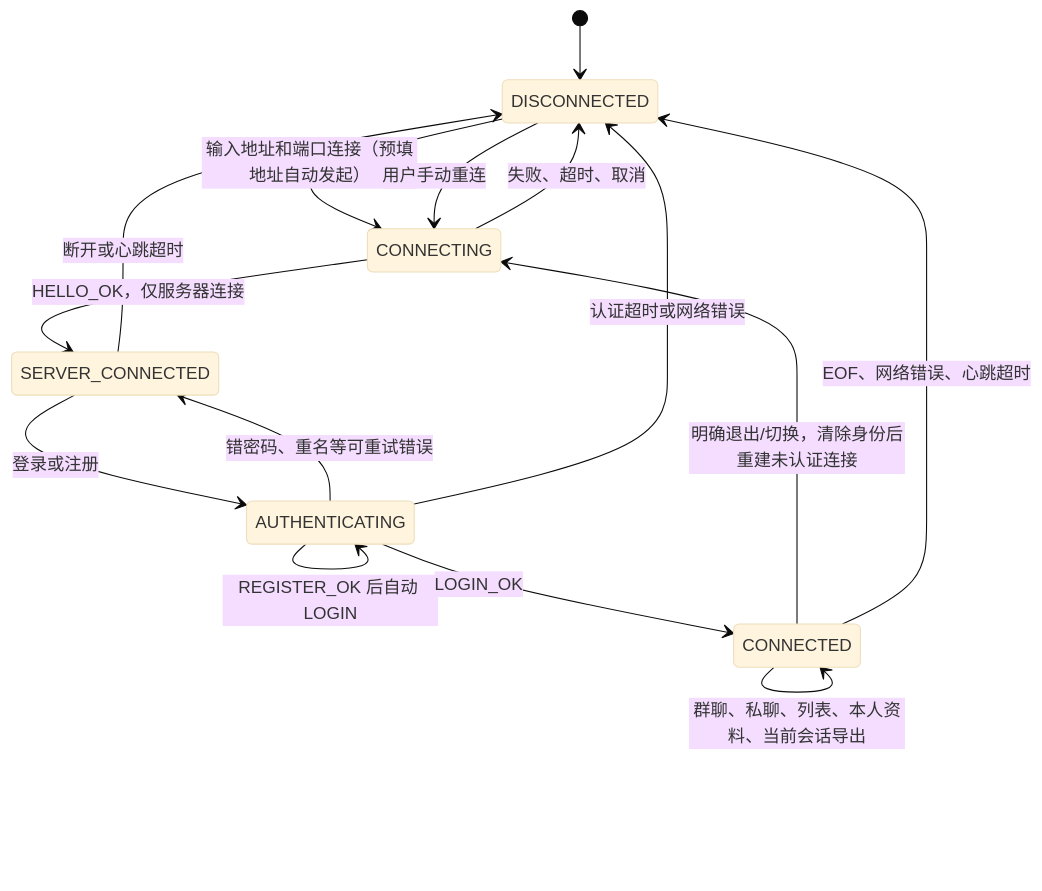
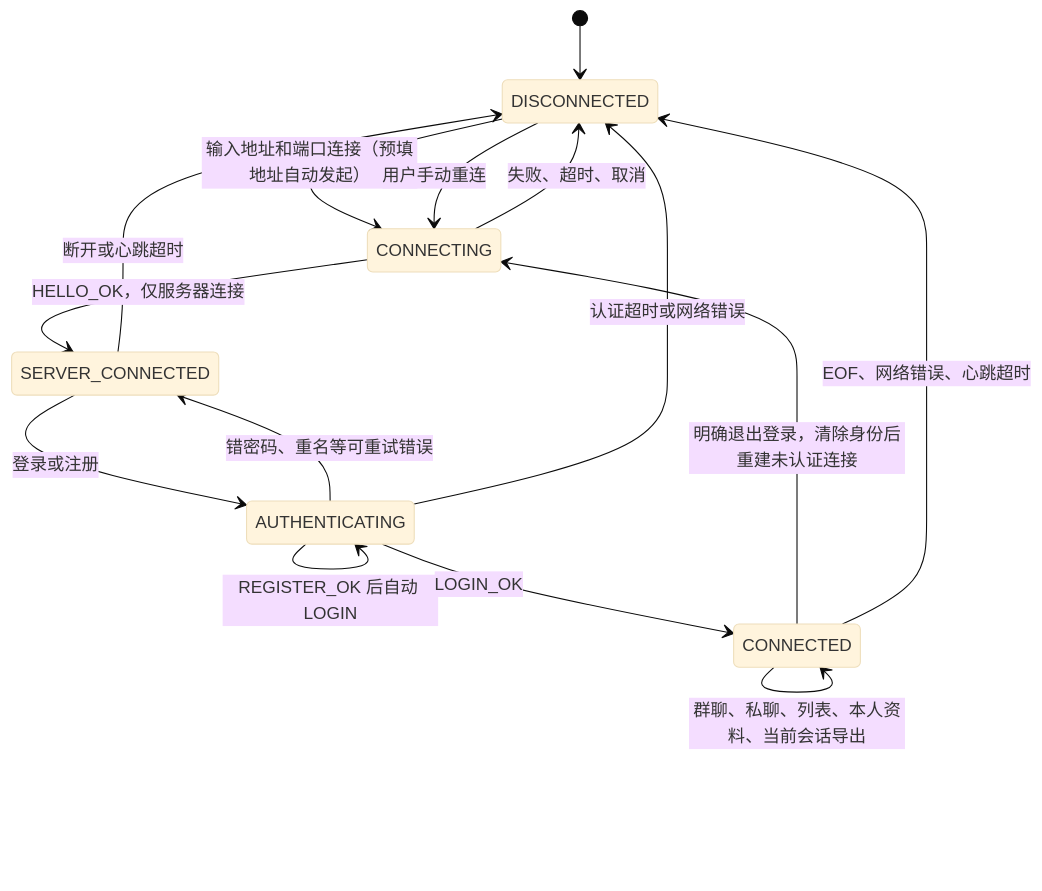
Before and after one commit to ouwayi/LTalk: the diagram in docs/requirements.md, drawn with Mermaid (base theme). The commit also changed other lines of this file and 13 other files, not shown here.

````diff
--- a/docs/requirements.md
+++ b/docs/requirements.md
@@ -23,17 +23,17 @@
 ```mermaid
 stateDiagram-v2
     [*] --> DISCONNECTED
     DISCONNECTED --> CONNECTING: 输入地址和端口连接（预填地址自动发起）
     CONNECTING --> SERVER_CONNECTED: HELLO_OK，仅服务器连接
     CONNECTING --> DISCONNECTED: 失败、超时、取消
     SERVER_CONNECTED --> AUTHENTICATING: 登录或注册
     AUTHENTICATING --> AUTHENTICATING: REGISTER_OK 后自动 LOGIN
     AUTHENTICATING --> SERVER_CONNECTED: 错密码、重名等可重试错误
     AUTHENTICATING --> CONNECTED: LOGIN_OK
     AUTHENTICATING --> DISCONNECTED: 认证超时或网络错误
     CONNECTED --> CONNECTED: 群聊、私聊、列表、本人资料、当前会话导出
-    CONNECTED --> CONNECTING: 明确退出/切换，清除身份后重建未认证连接
+    CONNECTED --> CONNECTING: 明确退出登录，清除身份后重建未认证连接
     CONNECTED --> DISCONNECTED: EOF、网络错误、心跳超时
     SERVER_CONNECTED --> DISCONNECTED: 断开或心跳超时
     DISCONNECTED --> CONNECTING: 用户手动重连
 ```
````
